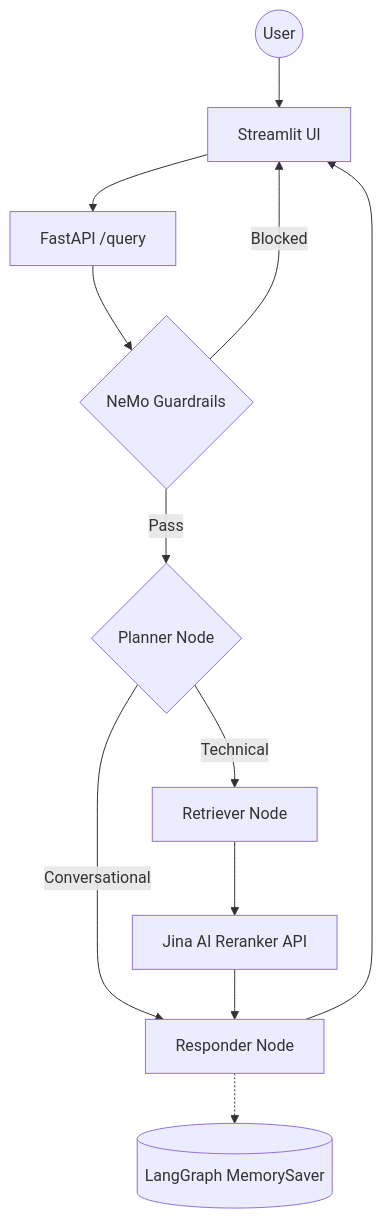
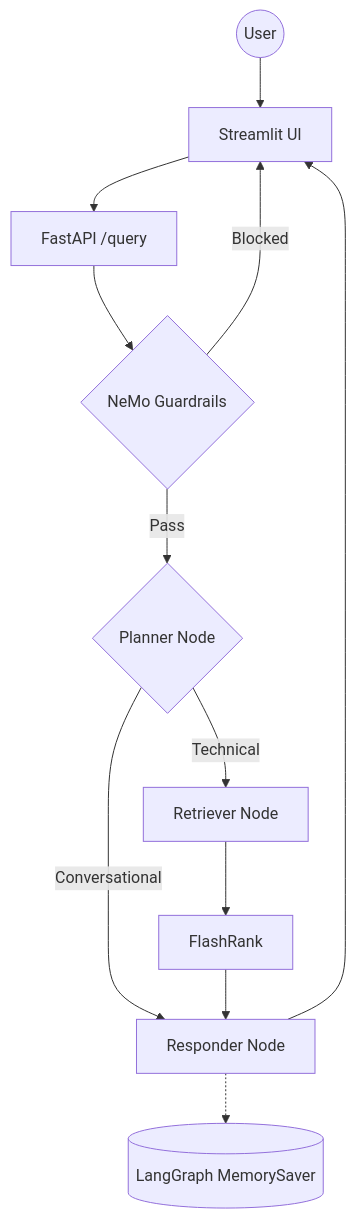
One commit to EzekielOluyale/Enterprise-Grade-RAG-Applications changed the diagram in README.md. Above: the diagram before and after it, drawn with Mermaid. The commit also changed other lines of this file, not shown here.

````diff
--- a/README.md
+++ b/README.md
@@ -23,14 +23,14 @@
 ```mermaid
 graph TD
     User((User)) --> UI[Streamlit UI]
     UI --> API[FastAPI /query]
     API --> Guard{NeMo Guardrails}
     Guard -->|Blocked| UI
     Guard -->|Pass| Planner{Planner Node}
     Planner -->|Conversational| Responder[Responder Node]
     Planner -->|Technical| Retriever[Retriever Node]
-    Retriever --> Reranker[Jina AI Reranker API]
+    Retriever --> Reranker[FlashRank]
     Reranker --> Responder
     Responder --> UI
     Responder -.-> Memory[(LangGraph MemorySaver)]
 ```
````
